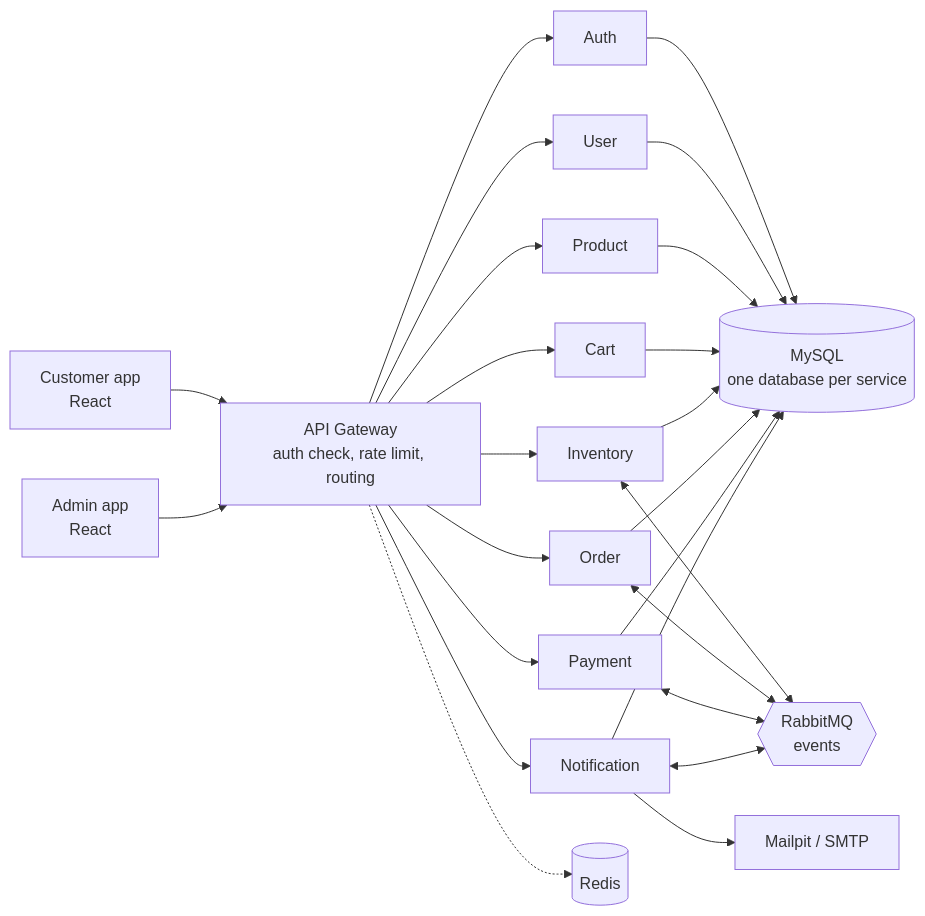
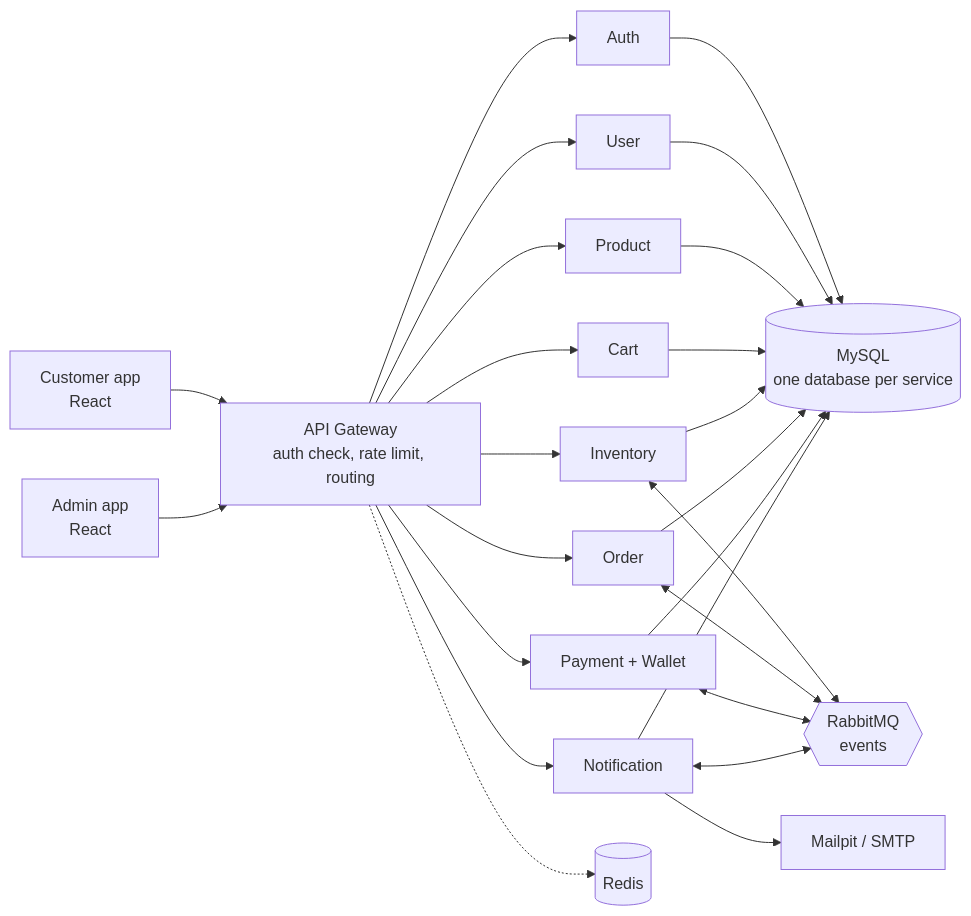
The diagram in README.md (AlexBhai14/cake-shop-platform), drawn with Mermaid before and after one commit. The commit also changed other lines of this file and 32 other files, not shown here.

````diff
--- a/README.md
+++ b/README.md
@@ -13,17 +13,17 @@
 ```mermaid
 flowchart LR
   C[Customer app<br/>React] --> G
   A[Admin app<br/>React] --> G
   G[API Gateway<br/>auth check, rate limit, routing] --> AU[Auth]
   G --> US[User]
   G --> PR[Product]
   G --> CA[Cart]
   G --> IN[Inventory]
   G --> OR[Order]
-  G --> PA[Payment]
+  G --> PA[Payment + Wallet]
   G --> NO[Notification]
   G -.-> RE[(Redis)]
   IN & OR & PA & NO <--> MQ{{RabbitMQ<br/>events}}
   NO --> MP[Mailpit / SMTP]
   AU & US & PR & CA & IN & OR & PA & NO --> DB[(MySQL<br/>one database per service)]
 ```
````
